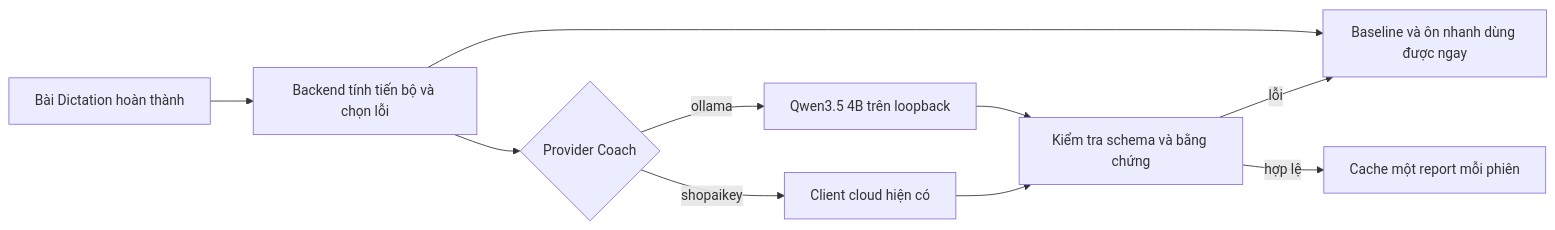
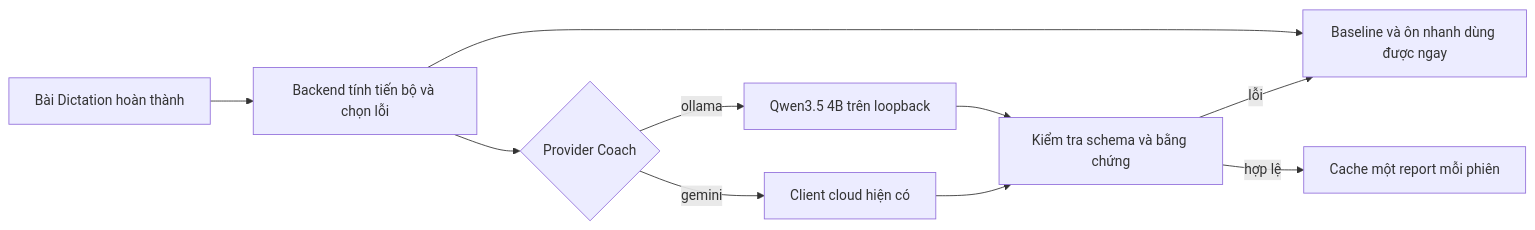
One commit to hoangptkd/dictalab-listening changed the diagram in docs/coach-local-ai.md. Above: the diagram before and after it, drawn with Mermaid. The commit also changed other lines of this file and 81 other files, not shown here.

First line of the commit message:
refactor(ai): make Gemini the only cloud text provider

````diff
--- a/docs/coach-local-ai.md
+++ b/docs/coach-local-ai.md
@@ -36,12 +36,12 @@
 ```mermaid
 flowchart LR
     A[Bài Dictation hoàn thành] --> B[Backend tính tiến bộ và chọn lỗi]
     B --> C[Baseline và ôn nhanh dùng được ngay]
     B --> D{Provider Coach}
     D -->|ollama| E[Qwen3.5 4B trên loopback]
-    D -->|shopaikey| F[Client cloud hiện có]
+    D -->|gemini| F[Client cloud hiện có]
     E --> G[Kiểm tra schema và bằng chứng]
     F --> G
     G -->|hợp lệ| H[Cache một report mỗi phiên]
     G -->|lỗi| C
 ```
````
